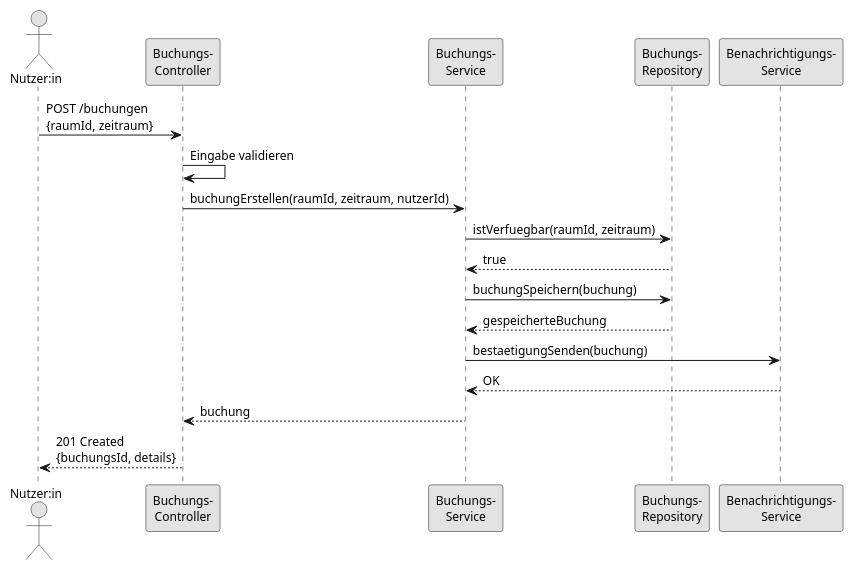
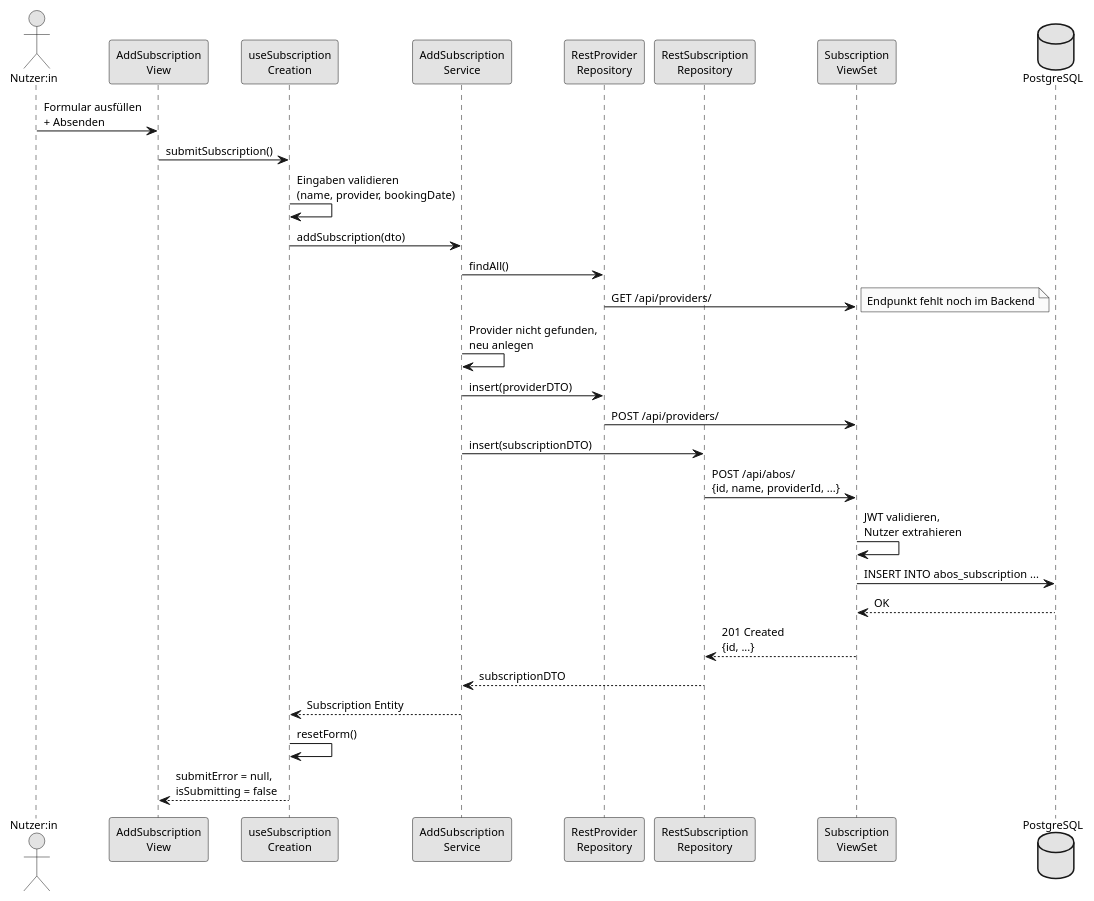
The third of 4 diagrams in docs/technical/design.adoc (SE-Team-E1/SE-SubscriptionGuard), drawn with PlantUML before and after one commit. The commit also changed other lines of this file, not shown here.

```diff
--- a/docs/technical/design.adoc
+++ b/docs/technical/design.adoc
@@ -186,26 +249,41 @@
-[plantuml, sequence-booking, svg]
+[plantuml, sequence-add-subscription, svg]
 ....
 @startuml
 skinparam monochrome true
-skinparam defaultFontSize 12
+skinparam defaultFontSize 11
 
 actor "Nutzer:in" as user
-participant "Buchungs-\nController" as ctrl
-participant "Buchungs-\nService" as svc
-participant "Buchungs-\nRepository" as repo
-participant "Benachrichtigungs-\nService" as notify
+participant "AddSubscription\nView" as view
+participant "useSubscription\nCreation" as composable
+participant "AddSubscription\nService" as service
+participant "RestProvider\nRepository" as prov_repo
+participant "RestSubscription\nRepository" as sub_repo
+participant "Subscription\nViewSet" as viewset
+database "PostgreSQL" as db
 
-user -> ctrl : POST /buchungen\n{raumId, zeitraum}
-ctrl -> ctrl : Eingabe validieren
-ctrl -> svc : buchungErstellen(raumId, zeitraum, nutzerId)
-svc -> repo : istVerfuegbar(raumId, zeitraum)
-repo --> svc : true
-svc -> repo : buchungSpeichern(buchung)
-repo --> svc : gespeicherteBuchung
-svc -> notify : bestaetigungSenden(buchung)
-notify --> svc : OK
-svc --> ctrl : buchung
-ctrl --> user : 201 Created\n{buchungsId, details}
+user -> view : Formular ausfüllen\n+ Absenden
+view -> composable : submitSubscription()
+composable -> composable : Eingaben validieren\n(name, provider, bookingDate)
+composable -> service : addSubscription(dto)
+
+service -> prov_repo : findAll()
+prov_repo -> viewset : GET /api/providers/
+note right : Endpunkt fehlt noch im Backend
+
+service -> service : Provider nicht gefunden,\nneu anlegen
+service -> prov_repo : insert(providerDTO)
+prov_repo -> viewset : POST /api/providers/
+
+service -> sub_repo : insert(subscriptionDTO)
+sub_repo -> viewset : POST /api/abos/\n{id, name, providerId, ...}
+viewset -> viewset : JWT validieren,\nNutzer extrahieren
+viewset -> db : INSERT INTO abos_subscription ...
+db --> viewset : OK
+viewset --> sub_repo : 201 Created\n{id, ...}
+sub_repo --> service : subscriptionDTO
+service --> composable : Subscription Entity
+composable -> composable : resetForm()
+composable --> view : submitError = null,\nisSubmitting = false
 
 @enduml
 ....
```
